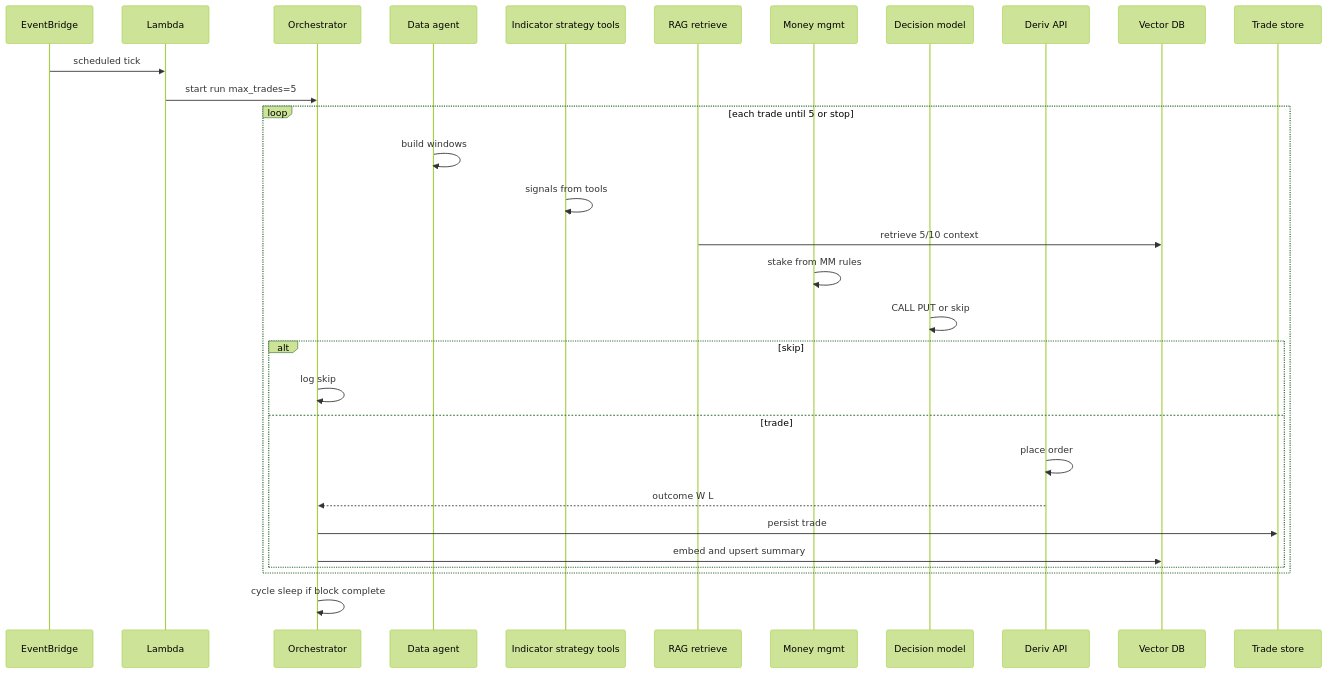
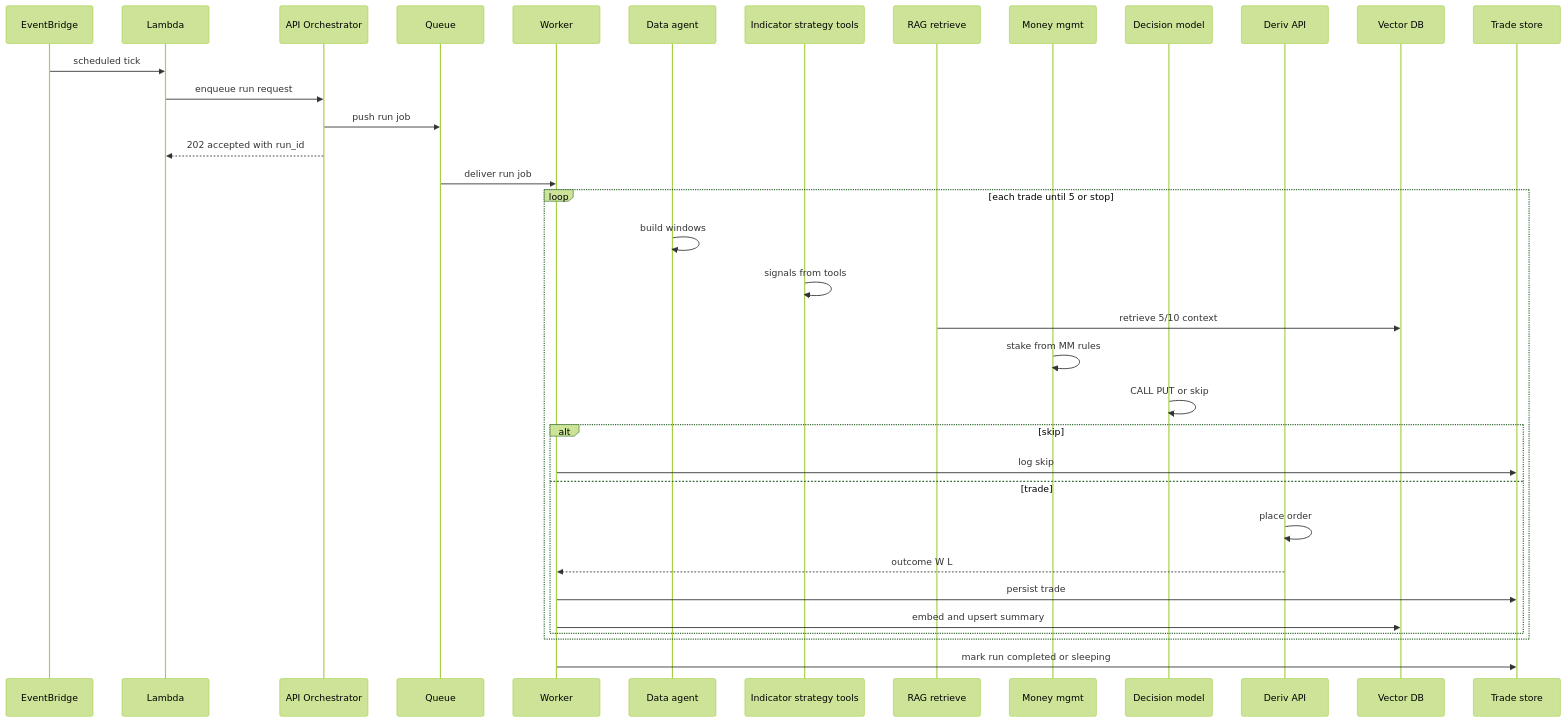
Before and after one commit to shehan-jayasinghe/ai_trading_bots: the second of 2 diagrams in docs/architecture-deriv-multi-agent.md, drawn with Mermaid (forest theme). The commit also changed other lines of this file and 19 other files, not shown here.

````diff
--- a/docs/architecture-deriv-multi-agent.md
+++ b/docs/architecture-deriv-multi-agent.md
@@ -143,33 +147,38 @@
 ```mermaid
 sequenceDiagram
   participant EB as EventBridge
   participant L as Lambda
-  participant O as Orchestrator
+  participant O as API Orchestrator
+  participant Q as Queue
+  participant W as Worker
   participant D as Data agent
   participant I as Indicator strategy tools
   participant R as RAG retrieve
   participant M as Money mgmt
   participant C as Decision model
   participant Der as Deriv API
   participant V as Vector DB
   participant DB as Trade store
 
   EB->>L: scheduled tick
-  L->>O: start run max_trades=5
+  L->>O: enqueue run request
+  O->>Q: push run job
+  O-->>L: 202 accepted with run_id
+  Q->>W: deliver run job
   loop each trade until 5 or stop
     D->>D: build windows
     I->>I: signals from tools
     R->>V: retrieve 5/10 context
     M->>M: stake from MM rules
     C->>C: CALL PUT or skip
     alt skip
-      O->>O: log skip
+      W->>DB: log skip
     else trade
       Der->>Der: place order
-      Der-->>O: outcome W L
-      O->>DB: persist trade
-      O->>V: embed and upsert summary
+      Der-->>W: outcome W L
+      W->>DB: persist trade
+      W->>V: embed and upsert summary
     end
   end
-  O->>O: cycle sleep if block complete
+  W->>DB: mark run completed or sleeping
 ```
````
